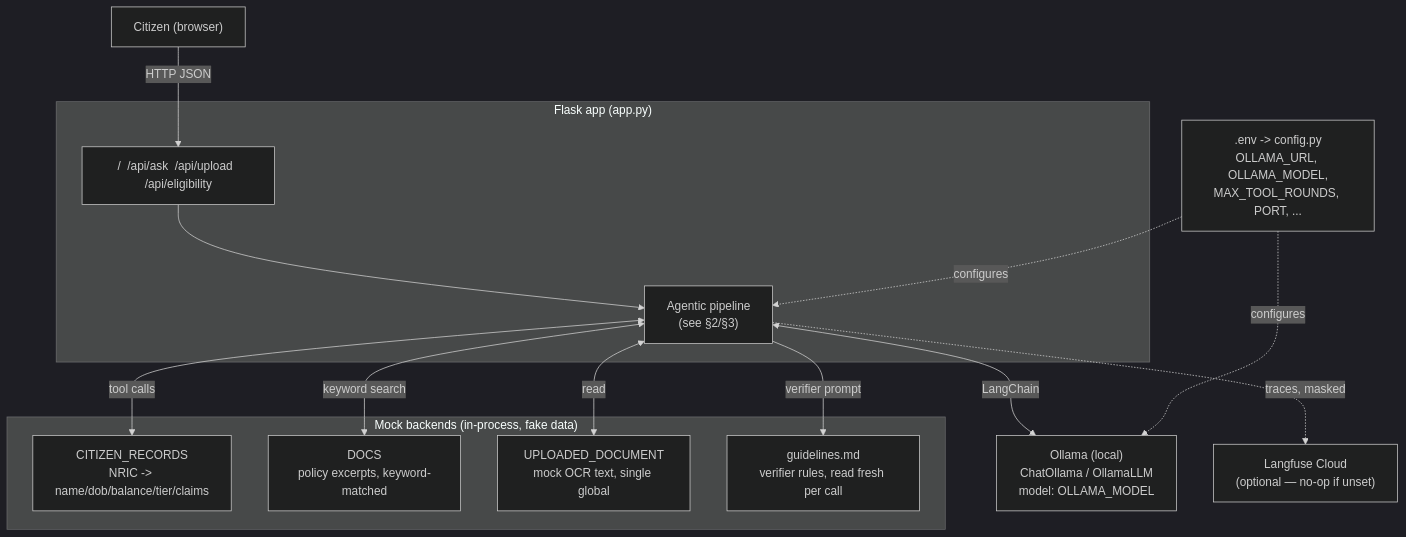
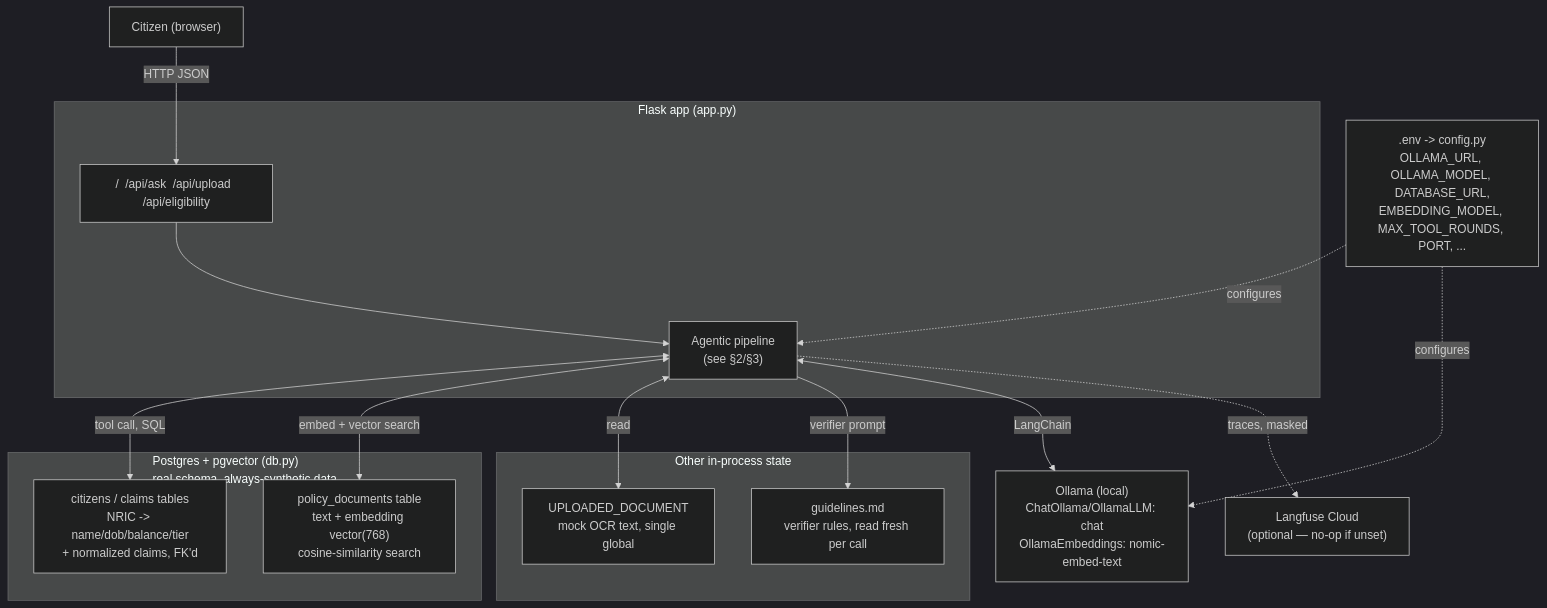
Before and after one commit to daryltwx/ai-safety-governance: the first of 3 diagrams in docs/architecture.md, drawn with Mermaid (dark theme). The commit also changed other lines of this file and 10 other files, not shown here.

````diff
--- a/docs/architecture.md
+++ b/docs/architecture.md
@@ -16,31 +16,34 @@
 ```mermaid
 graph TB
     citizen["Citizen (browser)"]
 
     subgraph flask["Flask app (app.py)"]
         routes["/  /api/ask  /api/upload  /api/eligibility"]
         pipeline["Agentic pipeline\n(see §2/§3)"]
     end
 
-    subgraph mock["Mock backends (in-process, fake data)"]
-        citizens["CITIZEN_RECORDS\nNRIC -> name/dob/balance/tier/claims"]
-        docs_db["DOCS\npolicy excerpts, keyword-matched"]
+    subgraph pg["Postgres + pgvector (db.py)\nreal schema, always-synthetic data"]
+        citizens["citizens / claims tables\nNRIC -> name/dob/balance/tier\n+ normalized claims, FK'd"]
+        docs_db["policy_documents table\ntext + embedding vector(768)\ncosine-similarity search"]
+    end
+
+    subgraph other["Other in-process state"]
         upload_store["UPLOADED_DOCUMENT\nmock OCR text, single global"]
         guidelines["guidelines.md\nverifier rules, read fresh per call"]
     end
 
-    llm["Ollama (local)\nChatOllama / OllamaLLM\nmodel: OLLAMA_MODEL"]
+    llm["Ollama (local)\nChatOllama/OllamaLLM: chat\nOllamaEmbeddings: nomic-embed-text"]
     langfuse["Langfuse Cloud\n(optional — no-op if unset)"]
-    env[".env -> config.py\nOLLAMA_URL, OLLAMA_MODEL,\nMAX_TOOL_ROUNDS, PORT, ..."]
+    env[".env -> config.py\nOLLAMA_URL, OLLAMA_MODEL, DATABASE_URL,\nEMBEDDING_MODEL, MAX_TOOL_ROUNDS, PORT, ..."]
 
     citizen -->|HTTP JSON| routes
     routes --> pipeline
-    pipeline <-->|tool calls| citizens
-    pipeline <-->|keyword search| docs_db
+    pipeline <-->|tool call, SQL| citizens
+    pipeline <-->|embed + vector search| docs_db
     pipeline <-->|read| upload_store
     pipeline -->|verifier prompt| guidelines
     pipeline <-->|LangChain| llm
     pipeline -.->|traces, masked| langfuse
     env -.->|configures| pipeline
     env -.->|configures| llm
 ```
````
